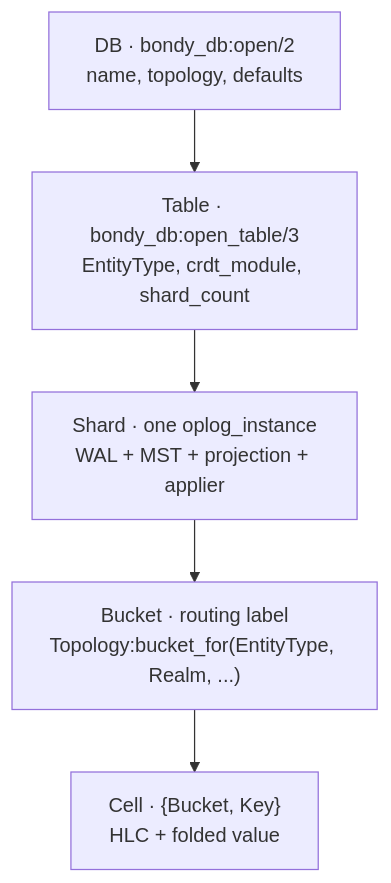
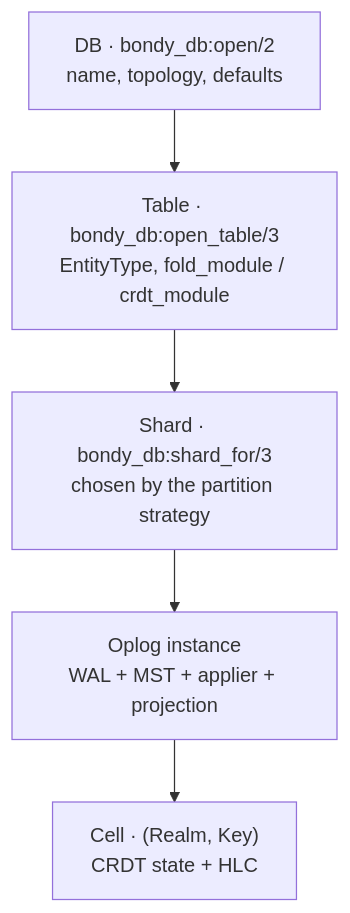
One commit to bondy-io/bondy changed the first of 4 diagrams in apps/bondy_db/doc_extras/architecture/07_app_developers_tour.md. Above: the diagram before and after it, drawn with Mermaid. The commit also changed other lines of this file and 449 other files, not shown here.

````diff
--- a/apps/bondy_db/doc_extras/architecture/07_app_developers_tour.md
+++ b/apps/bondy_db/doc_extras/architecture/07_app_developers_tour.md
@@ -19,10 +18,10 @@
 ```mermaid
 flowchart TB
     DB["DB · bondy_db:open/2<br/>name, topology, defaults"]
-    TBL["Table · bondy_db:open_table/3<br/>EntityType, crdt_module, shard_count"]
-    SH["Shard · one oplog_instance<br/>WAL + MST + projection + applier"]
-    BK["Bucket · routing label<br/>Topology:bucket_for(EntityType, Realm, ...)"]
-    CELL["Cell · {Bucket, Key}<br/>HLC + folded value"]
+    TBL["Table · bondy_db:open_table/3<br/>EntityType, fold_module / crdt_module"]
+    SH["Shard · bondy_db:shard_for/3<br/>chosen by the partition strategy"]
+    INST["Oplog instance<br/>WAL + MST + applier + projection"]
+    CELL["Cell · (Realm, Key)<br/>CRDT state + HLC"]
 
-    DB --> TBL --> SH --> BK --> CELL
+    DB --> TBL --> SH --> INST --> CELL
 ```
````
